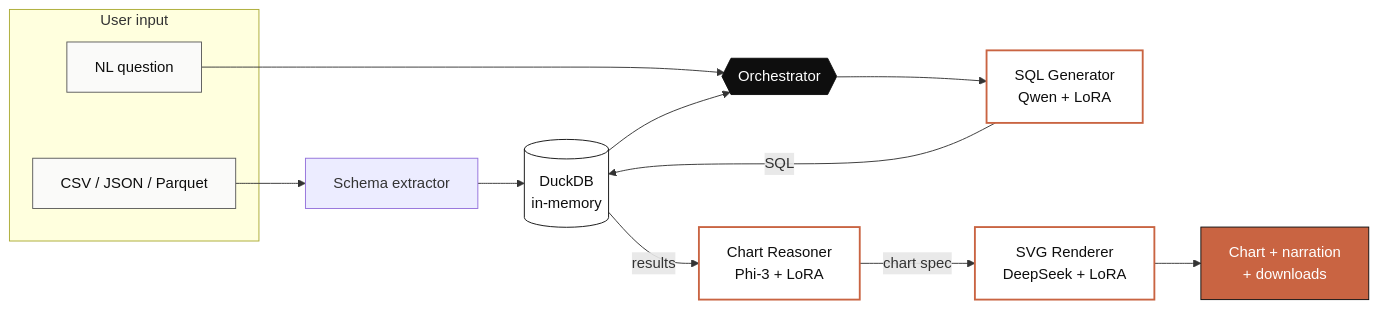
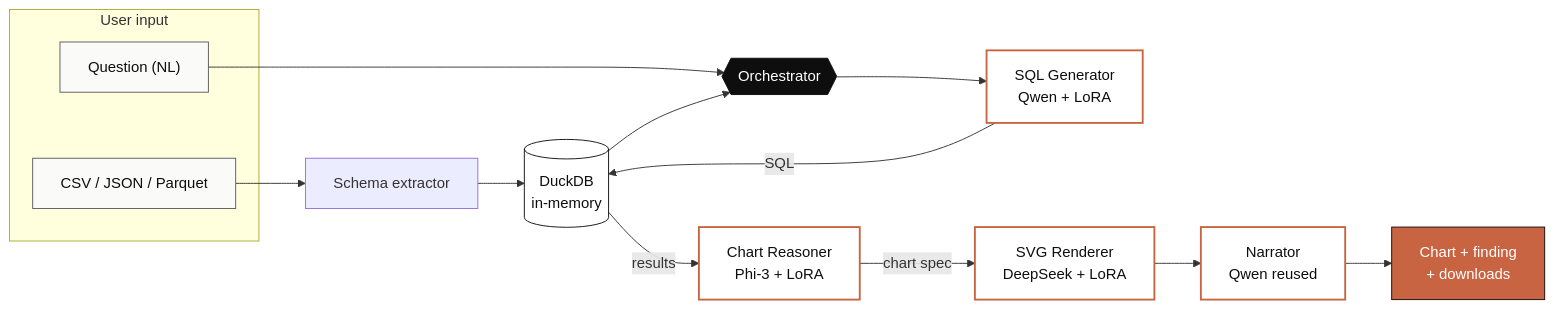
Before and after one commit to DanielRegaladoUMiami/sql-agent-llmops: the third of 3 diagrams in presentation/slides.md, drawn with Mermaid. The commit also changed other lines of this file and 1 other file, not shown here.

Commit message:
Slides: 3 dedicated model blocks (function/base/dataset/training/time/cost) + new PPTX export

````diff
--- a/presentation/slides.md
+++ b/presentation/slides.md
@@ -585,31 +508,28 @@
 ```mermaid
 flowchart LR
   subgraph IN["User input"]
     U1["CSV / JSON / Parquet"]
-    U2["NL question"]
+    U2["Question (NL)"]
   end
-
   SX["Schema extractor"] --> DB[("DuckDB<br/>in-memory")]
   U1 --> SX
-
   ORCH{{"Orchestrator"}}
   U2 --> ORCH
   DB --> ORCH
-
   ORCH --> M1["SQL Generator<br/>Qwen + LoRA"]
   M1 -->|SQL| DB
   DB -->|results| M2["Chart Reasoner<br/>Phi-3 + LoRA"]
   M2 -->|chart spec| M3["SVG Renderer<br/>DeepSeek + LoRA"]
-  M3 --> OUT["Chart + narration<br/>+ downloads"]
-
+  M3 --> NARR["Narrator<br/>Qwen reused"]
+  NARR --> OUT["Chart + finding<br/>+ downloads"]
   classDef in fill:#FAFAF9,stroke:#5A5A5A,color:#0E0E0E
   classDef model fill:#FFFFFF,stroke:#C96442,color:#0E0E0E,stroke-width:2px
   classDef orch fill:#0E0E0E,stroke:#0E0E0E,color:#FFFFFF
   classDef out fill:#C96442,stroke:#0E0E0E,color:#FFFFFF
   classDef db fill:#FFFFFF,stroke:#0E0E0E,color:#0E0E0E
   class U1,U2 in
-  class M1,M2,M3 model
+  class M1,M2,M3,NARR model
   class ORCH orch
   class OUT out
   class DB db
 ```
````
